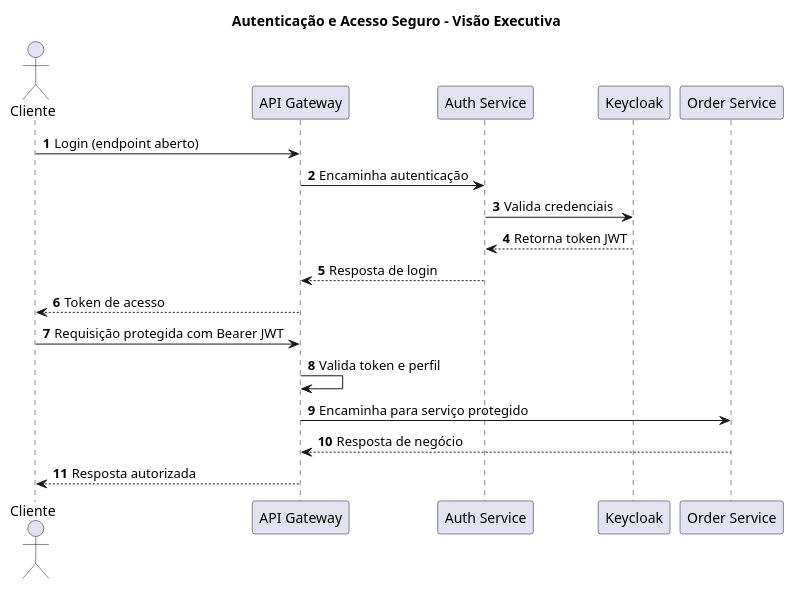
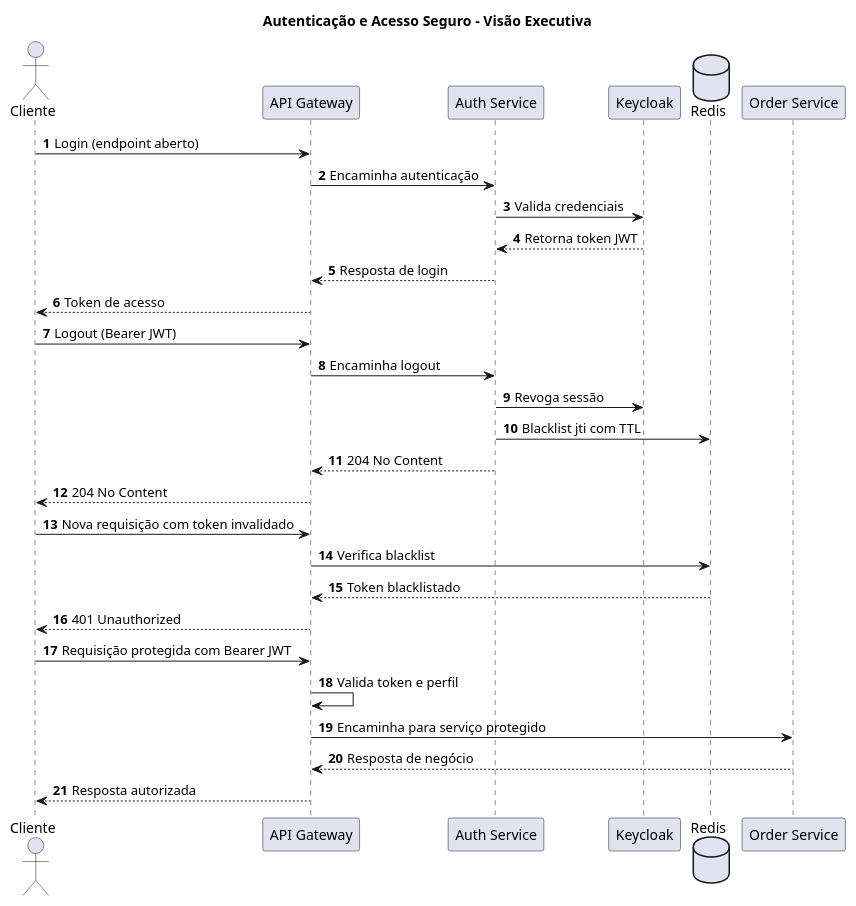
The diagram in docs/diagrams/arquitetura-sequencia-autenticacao-executivo.puml (eps364/tech-challenge-fase-03), drawn with PlantUML before and after one commit. The commit also changed 4 other files, not shown here.

First line of the commit message:
docs(diagrams): fix Kafka->RabbitMQ, Keycloak port and add Redis blacklist flow

```diff
--- a/docs/diagrams/arquitetura-sequencia-autenticacao-executivo.puml
+++ b/docs/diagrams/arquitetura-sequencia-autenticacao-executivo.puml
@@ -1,24 +1,37 @@
 @startuml
 title Autenticação e Acesso Seguro - Visão Executiva
 
 autonumber
 actor Cliente
 participant "API Gateway" as APIGW
 participant "Auth Service" as AUTH
 participant "Keycloak" as KC
+database "Redis" as REDIS
 participant "Order Service" as ORDER
 
 Cliente -> APIGW: Login (endpoint aberto)
 APIGW -> AUTH: Encaminha autenticação
 AUTH -> KC: Valida credenciais
 KC --> AUTH: Retorna token JWT
 AUTH --> APIGW: Resposta de login
 APIGW --> Cliente: Token de acesso
 
+Cliente -> APIGW: Logout (Bearer JWT)
+APIGW -> AUTH: Encaminha logout
+AUTH -> KC: Revoga sessão
+AUTH -> REDIS: Blacklist jti com TTL
+AUTH --> APIGW: 204 No Content
+APIGW --> Cliente: 204 No Content
+
+Cliente -> APIGW: Nova requisição com token invalidado
+APIGW -> REDIS: Verifica blacklist
+REDIS --> APIGW: Token blacklistado
+APIGW --> Cliente: 401 Unauthorized
+
 Cliente -> APIGW: Requisição protegida com Bearer JWT
 APIGW -> APIGW: Valida token e perfil
 APIGW -> ORDER: Encaminha para serviço protegido
 ORDER --> APIGW: Resposta de negócio
 APIGW --> Cliente: Resposta autorizada
 
 @enduml
```
